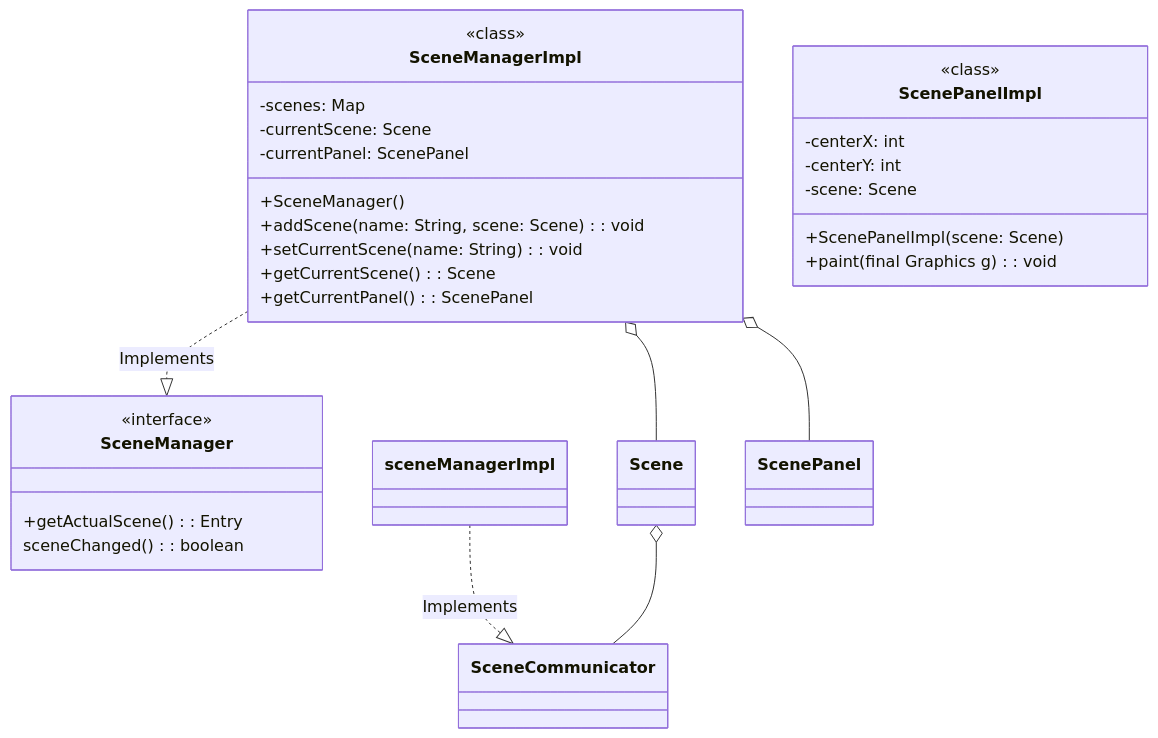
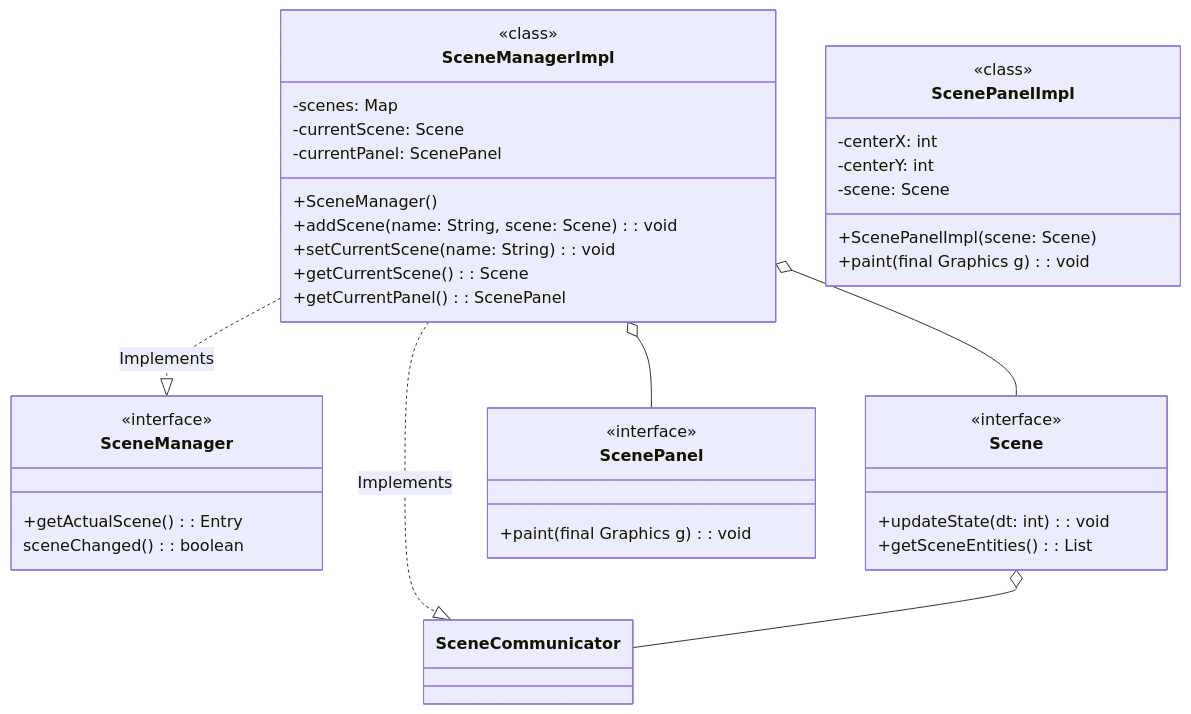
Before and after one commit to GiuseppeGambacorta/2DGameEngine: the third of 3 diagrams in README.md, drawn with Mermaid.

````diff
--- a/README.md
+++ b/README.md
@@ -155,38 +155,50 @@
 ```mermaid
 classDiagram
 class SceneManager {
   <<interface>>
   +getActualScene(): Entry<ScenePanel,Scene>
   sceneChanged(): boolean
+}
+
+class Scene {
+  <<interface>>
+  +updateState(dt: int): void
+  +getSceneEntities(): List<GameObject>
+}
+
+
+class ScenePanel{
+  <<interface>>
+  +paint(final Graphics g): void
 }
 
 class SceneManagerImpl {
   <<class>>
   -scenes: Map<String, Scene>
   -currentScene: Scene
   -currentPanel: ScenePanel
   +SceneManager()
   +addScene(name: String, scene: Scene): void
   +setCurrentScene(name: String): void
   +getCurrentScene(): Scene
   +getCurrentPanel(): ScenePanel
 }
 
 class ScenePanelImpl{
   <<class>>
   -centerX: int
   -centerY: int
   -scene: Scene
   +ScenePanelImpl(scene: Scene)
   +paint(final Graphics g): void
 }
 
 
 SceneManagerImpl ..|> SceneManager : Implements
-sceneManagerImpl ..|> SceneCommunicator : Implements
+SceneManagerImpl ..|> SceneCommunicator : Implements
 SceneManagerImpl o-- Scene
 SceneManagerImpl o-- ScenePanel
 
 Scene o-- SceneCommunicator
 
 ```
````
